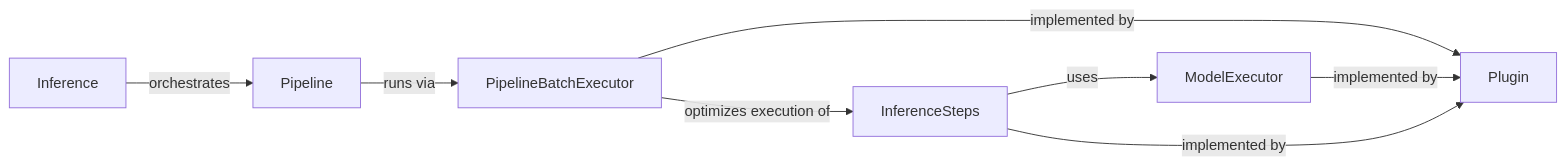
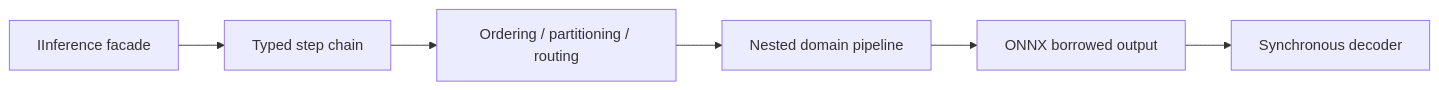
Before and after one commit to tjwald/FAI: the diagram in docs/high-level-design.md, drawn with Mermaid. The commit also changed other lines of this file and 110 other files, not shown here.

````diff
--- a/docs/high-level-design.md
+++ b/docs/high-level-design.md
@@ -3,18 +5,15 @@
 ```mermaid
 graph LR
-  Pipeline[Pipeline]
-  PipelineBatchExecutor[PipelineBatchExecutor]
-  InferenceSteps[InferenceSteps]
-  ModelExecutor[ModelExecutor]
-  Inference[Inference]
-  Plugin[Plugin]
+  Inference[IInference facade]
+  Chain[Typed step chain]
+  Policy[Ordering / partitioning / routing]
+  Domain[Nested domain pipeline]
+  Runtime[ONNX borrowed output]
+  Decode[Synchronous decoder]
 
-  Inference -- orchestrates --> Pipeline
-  Pipeline -- runs via --> PipelineBatchExecutor
-  PipelineBatchExecutor -- optimizes execution of --> InferenceSteps
-  InferenceSteps -- uses --> ModelExecutor
-
-  PipelineBatchExecutor -- implemented by --> Plugin
-  ModelExecutor -- implemented by --> Plugin
-  InferenceSteps -- implemented by --> Plugin
+  Inference --> Chain
+  Chain --> Policy
+  Policy --> Domain
+  Domain --> Runtime
+  Runtime --> Decode
 ```
````
